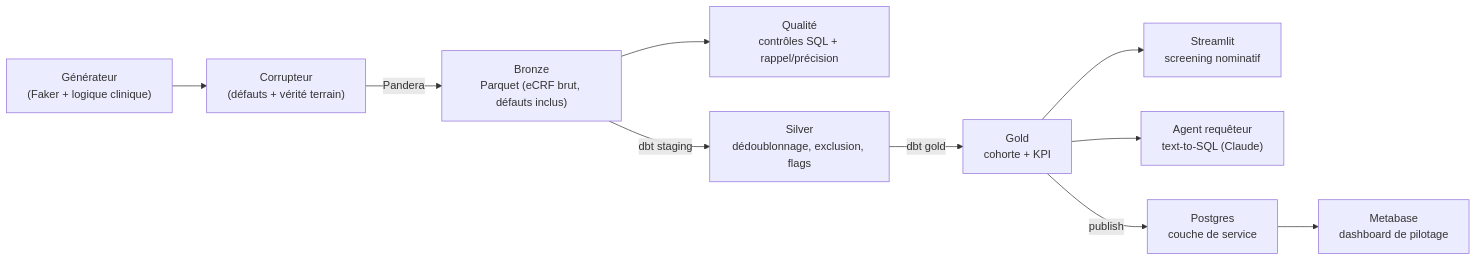
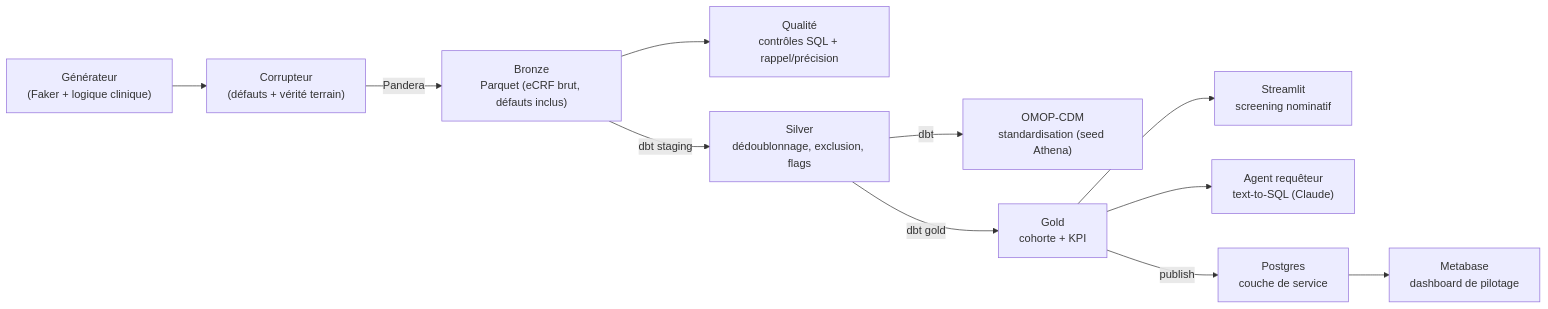
Before and after one commit to behramkorkut/kidneyvault-synthetic-medical-data: the first of 2 diagrams in README.md, drawn with Mermaid. The commit also changed other lines of this file and 10 other files, not shown here.

Commit message:
feat: standardisation OMOP-CDM (person, condition, procedure, drug, measurement, death) + seed Athena ; docs: section OMOP + ADR 0002

````diff
--- a/README.md
+++ b/README.md
@@ -49,12 +49,13 @@
 ```mermaid
 flowchart LR
     G["Générateur<br/>(Faker + logique clinique)"] --> C["Corrupteur<br/>(défauts + vérité terrain)"]
     C -->|Pandera| B["Bronze<br/>Parquet (eCRF brut, défauts inclus)"]
     B --> Q["Qualité<br/>contrôles SQL + rappel/précision"]
     B -->|dbt staging| S["Silver<br/>dédoublonnage, exclusion, flags"]
+    S -->|dbt| OM["OMOP-CDM<br/>standardisation (seed Athena)"]
     S -->|dbt gold| GD["Gold<br/>cohorte + KPI"]
     GD --> ST["Streamlit<br/>screening nominatif"]
     GD --> AG["Agent requêteur<br/>text-to-SQL (Claude)"]
     GD -->|publish| PG["Postgres<br/>couche de service"]
     PG --> MB["Metabase<br/>dashboard de pilotage"]
 ```
````
